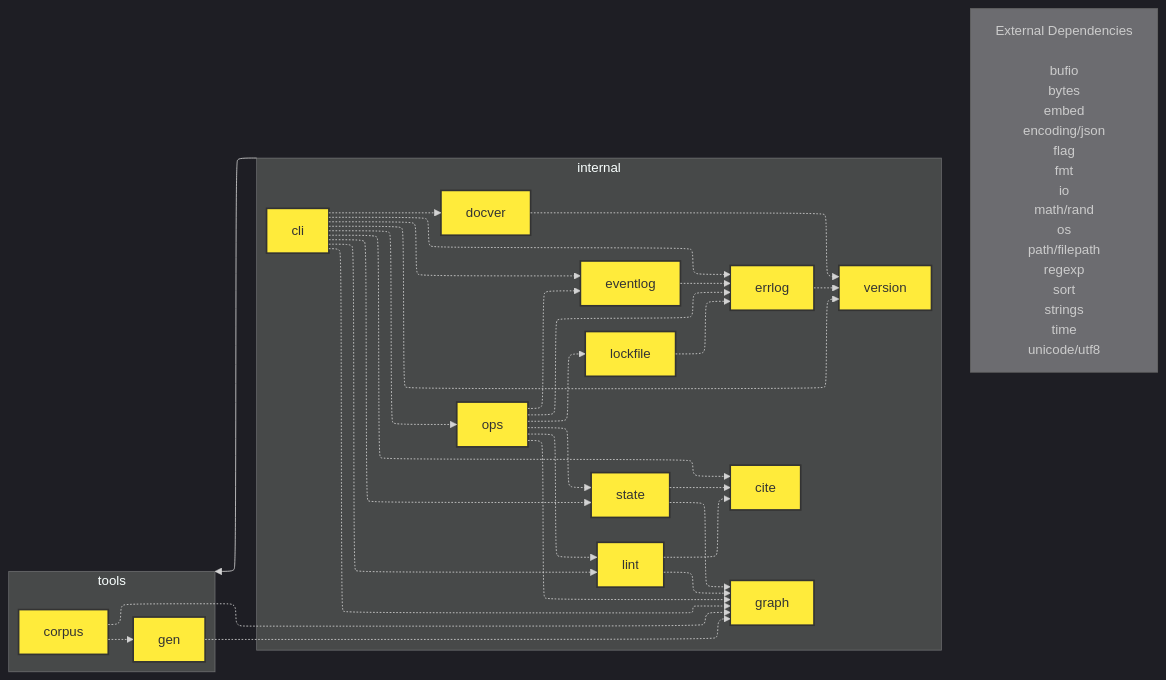
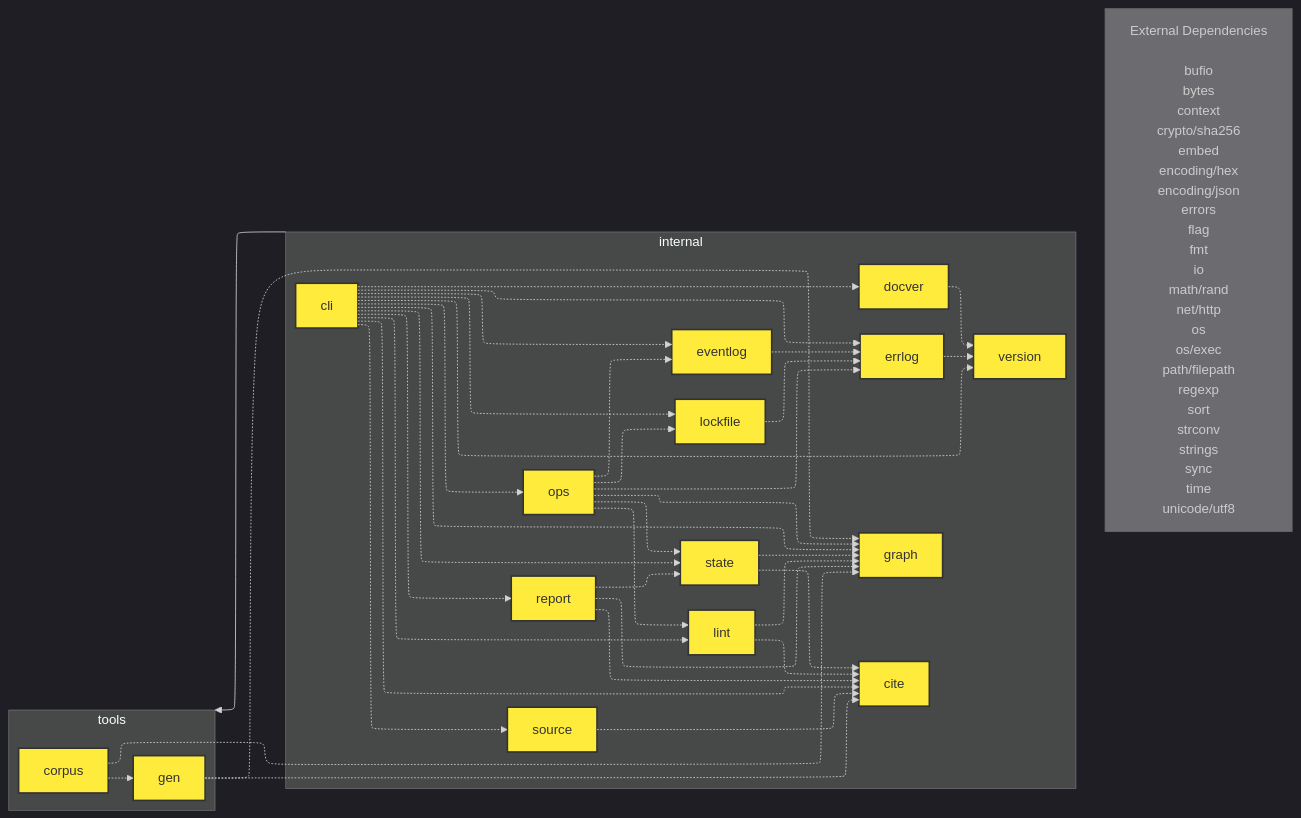
One commit to Reithan/teach-me changed the diagram in internal/CODE_DIAGRAM.md. Above: the diagram before and after it, drawn with Mermaid. The commit also changed 4 other files, not shown here.

````diff
--- a/internal/CODE_DIAGRAM.md
+++ b/internal/CODE_DIAGRAM.md
@@ -3,72 +3,82 @@
 ```mermaid
 ---
 config:
   look: classic
   darkMode: true
   theme: dark
   layout: elk
   elk:
     mergeEdges: true
     nodePlacementStrategy: NETWORK_SIMPLEX
 ---
 graph LR
     %% Color definitions
     classDef no_deps fill:#90EE90,stroke:#333,stroke-width:2px,color:#333
     classDef has_deps fill:#FFEB3B,stroke:#333,stroke-width:2px,color:#333
     classDef bad_deps fill:#FF6B6B,stroke:#333,stroke-width:2px,color:#333
     classDef external fill:#E0E0E066,stroke:#666,stroke-width:1px
 
     %% Directory hierarchy
     __3a52ce78 ---> tools_0284c6ac
 
     %% Directory structure and files
     subgraph __3a52ce78["internal"]
         cite_f7064cd7["cite"]:::has_deps
         cli_2bd8e9c9["cli"]:::has_deps
         docver_6eba3a90["docver"]:::has_deps
         errlog_a6fd2db4["errlog"]:::has_deps
         eventlog_f5caa859["eventlog"]:::has_deps
         graph_29a184b6["graph"]:::has_deps
         lint_b504838c["lint"]:::has_deps
         lockfile_649ab61f["lockfile"]:::has_deps
         ops_c62973cc["ops"]:::has_deps
+        report_a27297bd["report"]:::has_deps
+        source_828d338a["source"]:::has_deps
         state_aa4a5f81["state"]:::has_deps
         version_c692273d["version"]:::has_deps
     end
     subgraph tools_0284c6ac["tools"]
         tools_corpus_0198e50f["corpus"]:::has_deps
         tools_gen_568ea8cb["gen"]:::has_deps
     end
 
     %% Import dependencies
     cli_2bd8e9c9 -.-> cite_f7064cd7
     cli_2bd8e9c9 -.-> docver_6eba3a90
     cli_2bd8e9c9 -.-> errlog_a6fd2db4
     cli_2bd8e9c9 -.-> eventlog_f5caa859
     cli_2bd8e9c9 -.-> graph_29a184b6
     cli_2bd8e9c9 -.-> lint_b504838c
+    cli_2bd8e9c9 -.-> lockfile_649ab61f
     cli_2bd8e9c9 -.-> ops_c62973cc
+    cli_2bd8e9c9 -.-> report_a27297bd
+    cli_2bd8e9c9 -.-> source_828d338a
     cli_2bd8e9c9 -.-> state_aa4a5f81
     cli_2bd8e9c9 -.-> version_c692273d
     docver_6eba3a90 -.-> version_c692273d
     errlog_a6fd2db4 -.-> version_c692273d
     eventlog_f5caa859 -.-> errlog_a6fd2db4
     lint_b504838c -.-> cite_f7064cd7
     lint_b504838c -.-> graph_29a184b6
     lockfile_649ab61f -.-> errlog_a6fd2db4
     ops_c62973cc -.-> errlog_a6fd2db4
     ops_c62973cc -.-> eventlog_f5caa859
     ops_c62973cc -.-> graph_29a184b6
     ops_c62973cc -.-> lint_b504838c
     ops_c62973cc -.-> lockfile_649ab61f
     ops_c62973cc -.-> state_aa4a5f81
+    report_a27297bd -.-> cite_f7064cd7
+    report_a27297bd -.-> graph_29a184b6
+    report_a27297bd -.-> state_aa4a5f81
+    source_828d338a -.-> cite_f7064cd7
     state_aa4a5f81 -.-> cite_f7064cd7
     state_aa4a5f81 -.-> graph_29a184b6
     tools_corpus_0198e50f -.-> graph_29a184b6
     tools_corpus_0198e50f -.-> tools_gen_568ea8cb
+    tools_gen_568ea8cb -.-> cite_f7064cd7
     tools_gen_568ea8cb -.-> graph_29a184b6
 
     %% External dependencies
-    external["External Dependencies<br/><br/>bufio<br/>bytes<br/>embed<br/>encoding/json<br/>flag<br/>fmt<br/>io<br/>math/rand<br/>os<br/>path/filepath<br/>regexp<br/>sort<br/>strings<br/>time<br/>unicode/utf8"]:::external
+    external["External Dependencies<br/><br/>bufio<br/>bytes<br/>context<br/>crypto/sha256<br/>embed<br/>encoding/hex<br/>encoding/json<br/>errors<br/>flag<br/>fmt<br/>io<br/>math/rand<br/>net/http<br/>os<br/>os/exec<br/>path/filepath<br/>regexp<br/>sort<br/>strconv<br/>strings<br/>sync<br/>time<br/>unicode/utf8"]:::external
     __3a52ce78 ~~~ external
 ```
````
